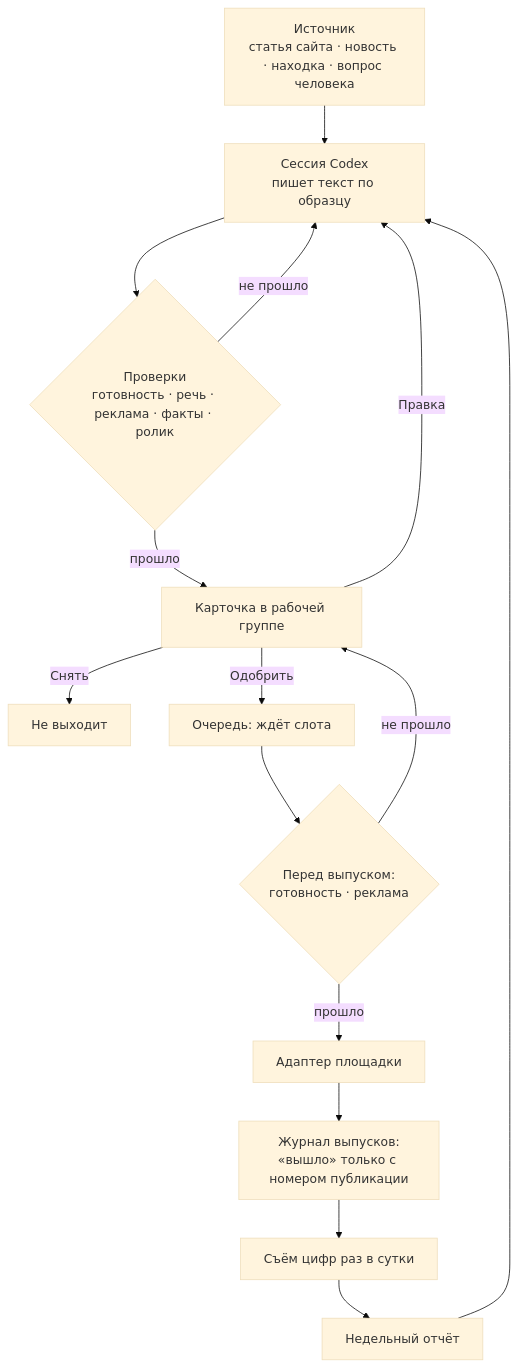
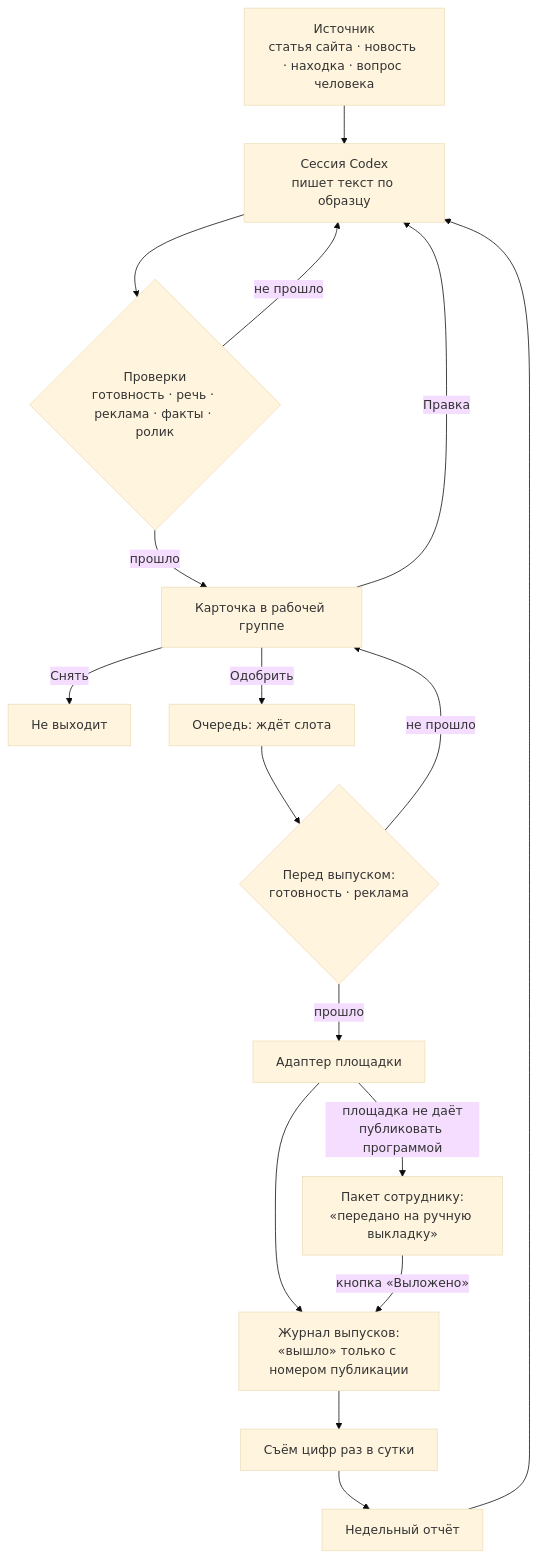
The second of 3 diagrams in docs/02-АРХИТЕКТУРА.md (ecopoliskzn/content-zavod), drawn with Mermaid (base theme) before and after one commit. The commit also changed other lines of this file and 84 other files, not shown here.

````diff
--- a/docs/02-АРХИТЕКТУРА.md
+++ b/docs/02-АРХИТЕКТУРА.md
@@ -79,17 +79,19 @@
 ```mermaid
 flowchart TD
     A["Источник<br/>статья сайта · новость · находка · вопрос человека"] --> B["Сессия Codex<br/>пишет текст по образцу"]
     B --> C{"Проверки<br/>готовность · речь · реклама · факты · ролик"}
     C -- "не прошло" --> B
     C -- "прошло" --> D["Карточка в рабочей группе"]
     D -- "Правка" --> B
     D -- "Снять" --> X["Не выходит"]
     D -- "Одобрить" --> E["Очередь: ждёт слота"]
     E --> F{"Перед выпуском:<br/>готовность · реклама"}
     F -- "не прошло" --> D
     F -- "прошло" --> G["Адаптер площадки"]
     G --> H["Журнал выпусков:<br/>«вышло» только с номером публикации"]
+    G -- "площадка не даёт<br/>публиковать программой" --> P["Пакет сотруднику:<br/>«передано на ручную выкладку»"]
+    P -- "кнопка «Выложено»" --> H
     H --> I["Съём цифр раз в сутки"]
     I --> J["Недельный отчёт"]
     J --> B
 ```
````
